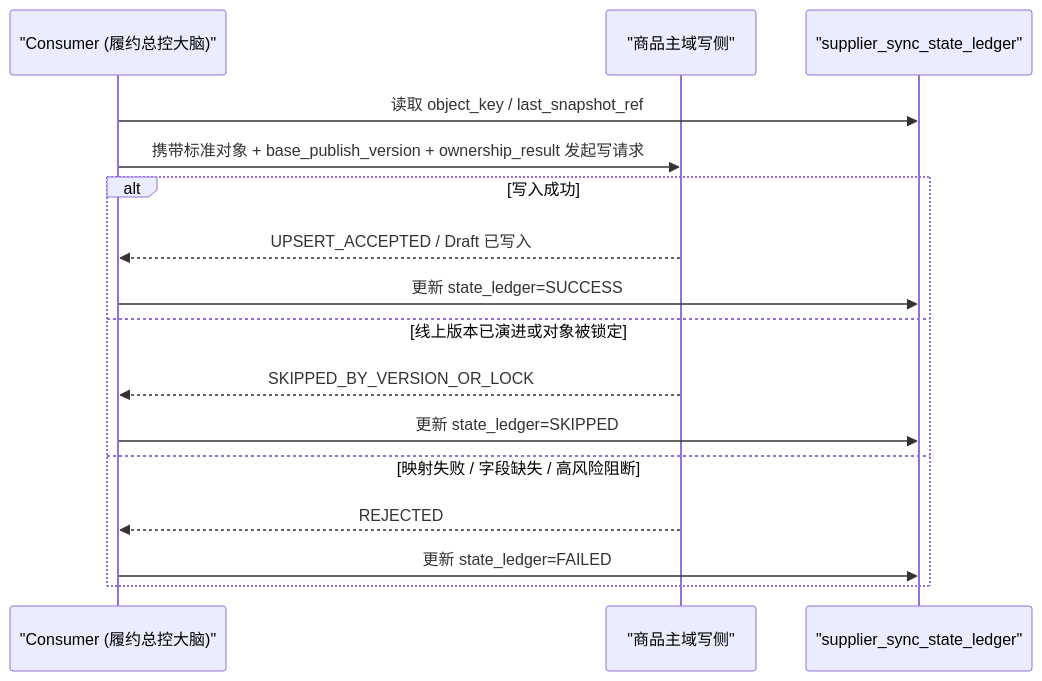
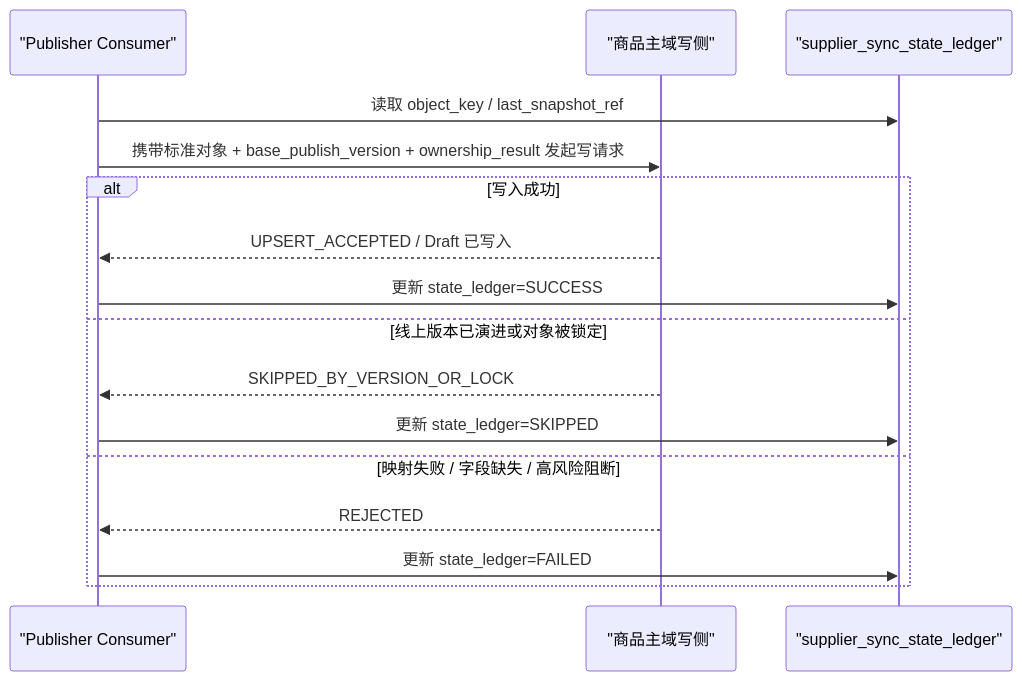
Before and after one commit to wxquare/wxquare.github.io: diagram 14 of 34 in books/system-design-architecture-book/src/part02/12-ecommerce-product-supply-inventory-lifecycle.md, drawn with Mermaid. The commit also changed other lines of this file and 17 other files, not shown here.

````diff
--- a/books/system-design-architecture-book/src/part02/12-ecommerce-product-supply-inventory-lifecycle.md
+++ b/books/system-design-architecture-book/src/part02/12-ecommerce-product-supply-inventory-lifecycle.md
@@ -2727,19 +3120,19 @@
 ```mermaid
 sequenceDiagram
-    participant CONS as "Consumer (履约总控大脑)"
+    participant CONS as "Publisher Consumer"
     participant P as "商品主域写侧"
     participant SL as "supplier_sync_state_ledger"
 
     CONS->>SL: 读取 object_key / last_snapshot_ref
     CONS->>P: 携带标准对象 + base_publish_version + ownership_result 发起写请求
     alt 写入成功
         P-->>CONS: UPSERT_ACCEPTED / Draft 已写入
         CONS->>SL: 更新 state_ledger=SUCCESS
     else 线上版本已演进或对象被锁定
         P-->>CONS: SKIPPED_BY_VERSION_OR_LOCK
         CONS->>SL: 更新 state_ledger=SKIPPED
     else 映射失败 / 字段缺失 / 高风险阻断
         P-->>CONS: REJECTED
         CONS->>SL: 更新 state_ledger=FAILED
     end
 ```
````
